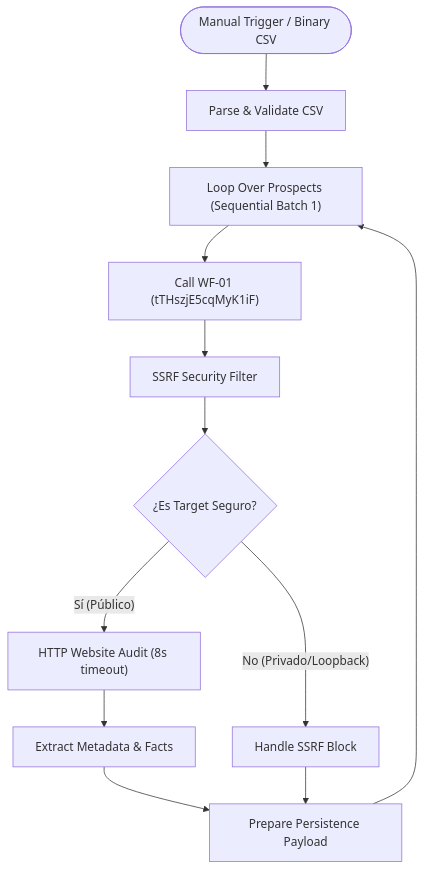
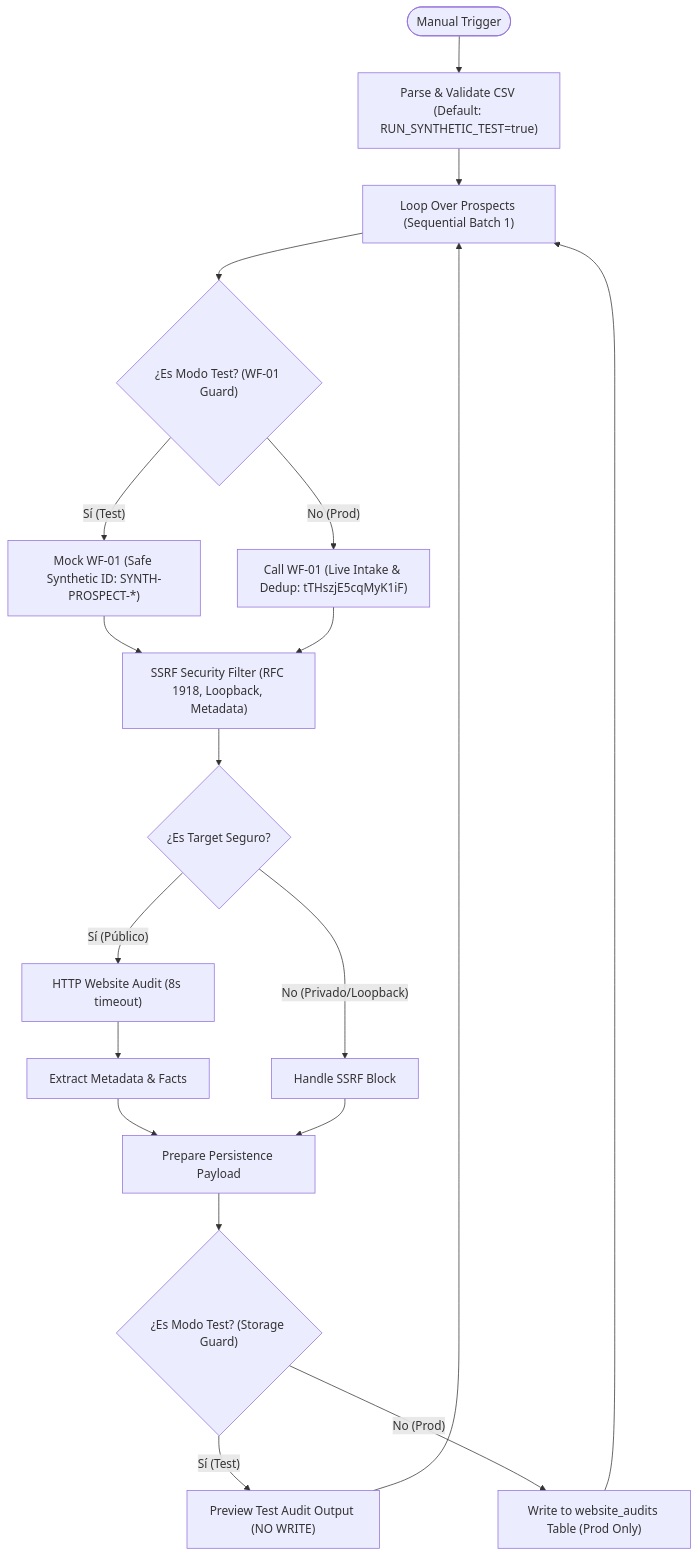
One commit to jerepe244-coder/my-project-4 changed the diagram in docs/ARCHITECTURE_WF-02.md. Above: the diagram before and after it, drawn with Mermaid. The commit also changed other lines of this file and 7 other files, not shown here.

````diff
--- a/docs/ARCHITECTURE_WF-02.md
+++ b/docs/ARCHITECTURE_WF-02.md
@@ -14,14 +15,33 @@
 ```mermaid
 flowchart TD
-    Start(["Manual Trigger / Binary CSV"]) --> NodeParse["Parse & Validate CSV"]
+    Start(["Manual Trigger"]) --> NodeParse["Parse & Validate CSV (Default: RUN_SYNTHETIC_TEST=true)"]
     NodeParse --> Loop["Loop Over Prospects (Sequential Batch 1)"]
-    Loop --> CallWF01["Call WF-01 (tTHszjE5cqMyK1iF)"]
-    CallWF01 --> SSRF["SSRF Security Filter"]
+    Loop --> GuardWF01{"¿Es Modo Test? (WF-01 Guard)"}
+    
+    %% Ramas de WF-01
+    GuardWF01 -- "Sí (Test)" --> MockWF01["Mock WF-01 (Safe Synthetic ID: SYNTH-PROSPECT-*)"]
+    GuardWF01 -- "No (Prod)" --> CallWF01["Call WF-01 (Live Intake & Dedup: tTHszjE5cqMyK1iF)"]
+    
+    %% Convergencia obligatoria en filtro SSRF
+    MockWF01 --> SSRF["SSRF Security Filter (RFC 1918, Loopback, Metadata)"]
+    CallWF01 --> SSRF
+    
+    %% Auditoría HTTP
     SSRF --> CheckSafe{"¿Es Target Seguro?"}
     CheckSafe -- "Sí (Público)" --> AuditHTTP["HTTP Website Audit (8s timeout)"]
     CheckSafe -- "No (Privado/Loopback)" --> SSRFBlock["Handle SSRF Block"]
     AuditHTTP --> ExtractFacts["Extract Metadata & Facts"]
-    ExtractFacts --> Persist["Prepare Persistence Payload"]
-    SSRFBlock --> Persist
-    Persist --> Loop
+    
+    %% Preparación de Payload
+    ExtractFacts --> PersistPayload["Prepare Persistence Payload"]
+    SSRFBlock --> PersistPayload
+    
+    %% Guard de Persistencia
+    PersistPayload --> GuardStorage{"¿Es Modo Test? (Storage Guard)"}
+    GuardStorage -- "Sí (Test)" --> PreviewOnly["Preview Test Audit Output (NO WRITE)"]
+    GuardStorage -- "No (Prod)" --> WriteTable["Write to website_audits Table (Prod Only)"]
+    
+    %% Bucle secuencial
+    PreviewOnly --> Loop
+    WriteTable --> Loop
 ```
````
